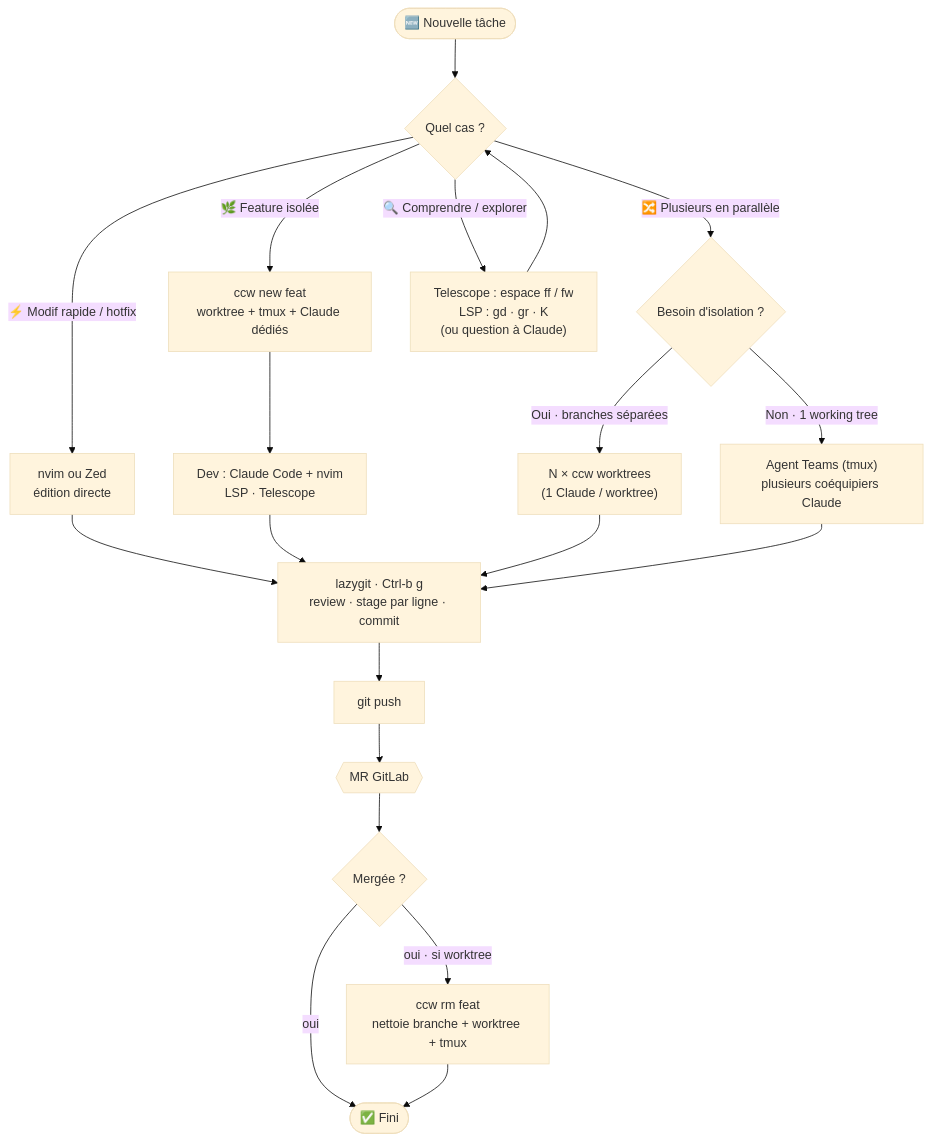
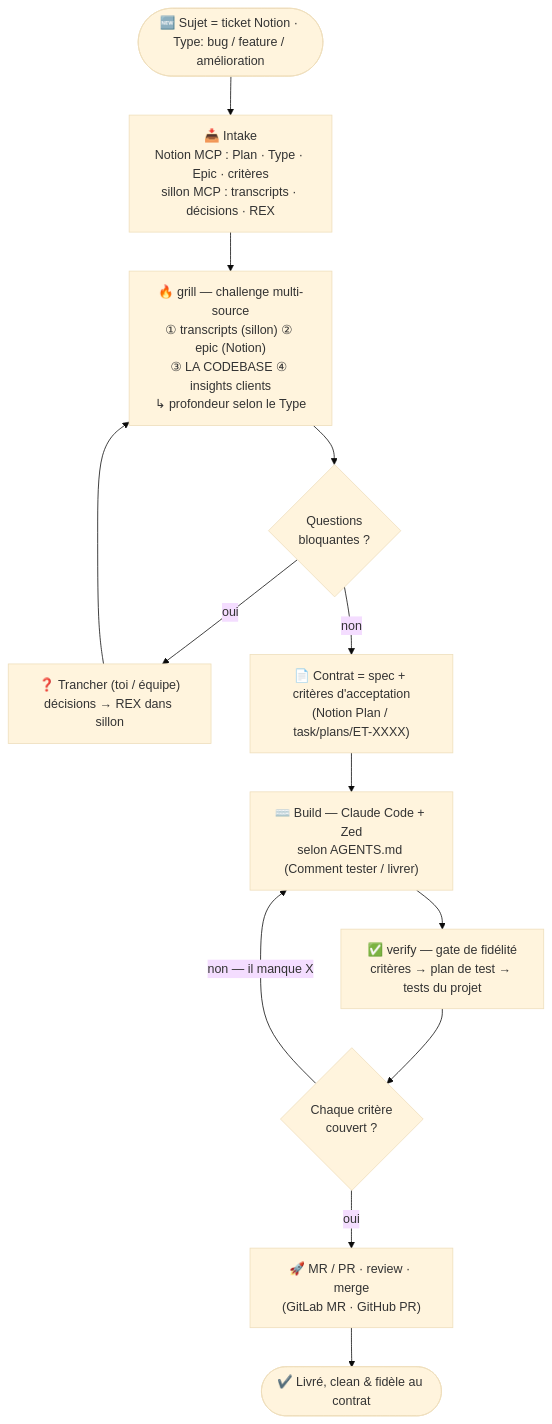
Before and after one commit to Skayfa/dotfiles: the diagram in WORKFLOW.md, drawn with Mermaid (base theme). The commit also changed other lines of this file, not shown here.

Commit message:
WORKFLOW.md: replace by-case diagram with the challenge->faithful-delivery method (grill/verify, sillon, by type)

````diff
--- a/WORKFLOW.md
+++ b/WORKFLOW.md
@@ -5,32 +6,19 @@
 ```mermaid
 flowchart TD
-    T(["🆕 Nouvelle tâche"]) --> SCOPE{"Quel cas ?"}
+    T(["🆕 Sujet = ticket Notion · Type: bug / feature / amélioration"]) --> INTAKE
 
-    %% Cas 1 — modif rapide
-    SCOPE -->|"⚡ Modif rapide / hotfix"| Q1["nvim ou Zed<br/>édition directe"]
-    Q1 --> REV
+    INTAKE["📥 Intake<br/>Notion MCP : Plan · Type · Epic · critères<br/>sillon MCP : transcripts · décisions · REX"] --> GRILL
 
-    %% Cas 2 — feature isolée
-    SCOPE -->|"🌿 Feature isolée"| F1["ccw new feat<br/>worktree + tmux + Claude dédiés"]
-    F1 --> F2["Dev : Claude Code + nvim<br/>LSP · Telescope"]
-    F2 --> REV
+    GRILL["🔥 grill — challenge multi-source<br/>① transcripts (sillon) ② epic (Notion)<br/>③ LA CODEBASE ④ insights clients<br/>↳ profondeur selon le Type"] --> Q{"Questions<br/>bloquantes ?"}
 
-    %% Cas 3 — parallèle
-    SCOPE -->|"🔀 Plusieurs en parallèle"| P1{"Besoin d'isolation ?"}
-    P1 -->|"Oui · branches séparées"| P2["N × ccw worktrees<br/>(1 Claude / worktree)"]
-    P1 -->|"Non · 1 working tree"| P3["Agent Teams (tmux)<br/>plusieurs coéquipiers Claude"]
-    P2 --> REV
-    P3 --> REV
+    Q -->|"oui"| RESOLVE["❓ Trancher (toi / équipe)<br/>décisions → REX dans sillon"]
+    RESOLVE --> GRILL
+    Q -->|"non"| CONTRAT["📄 Contrat = spec + critères d'acceptation<br/>(Notion Plan / task/plans/ET-XXXX)"]
 
-    %% Cas 4 — comprendre
-    SCOPE -->|"🔍 Comprendre / explorer"| E1["Telescope : espace ff / fw<br/>LSP : gd · gr · K<br/>(ou question à Claude)"]
-    E1 --> SCOPE
-
-    %% Convergence
-    REV["lazygit · Ctrl-b g<br/>review · stage par ligne · commit"] --> PUSH["git push"]
-    PUSH --> MR{{"MR GitLab"}}
-    MR --> MERGE{"Mergée ?"}
-    MERGE -->|"oui · si worktree"| CLEAN["ccw rm feat<br/>nettoie branche + worktree + tmux"]
-    MERGE -->|"oui"| DONE(["✅ Fini"])
-    CLEAN --> DONE
+    CONTRAT --> BUILD["⌨️ Build — Claude Code + Zed<br/>selon AGENTS.md (Comment tester / livrer)"]
+    BUILD --> VERIFY["✅ verify — gate de fidélité<br/>critères → plan de test → tests du projet"]
+    VERIFY --> GATE{"Chaque critère<br/>couvert ?"}
+    GATE -->|"non — il manque X"| BUILD
+    GATE -->|"oui"| SHIP["🚀 MR / PR · review · merge<br/>(GitLab MR · GitHub PR)"]
+    SHIP --> DONE(["✔️ Livré, clean & fidèle au contrat"])
 ```
````
